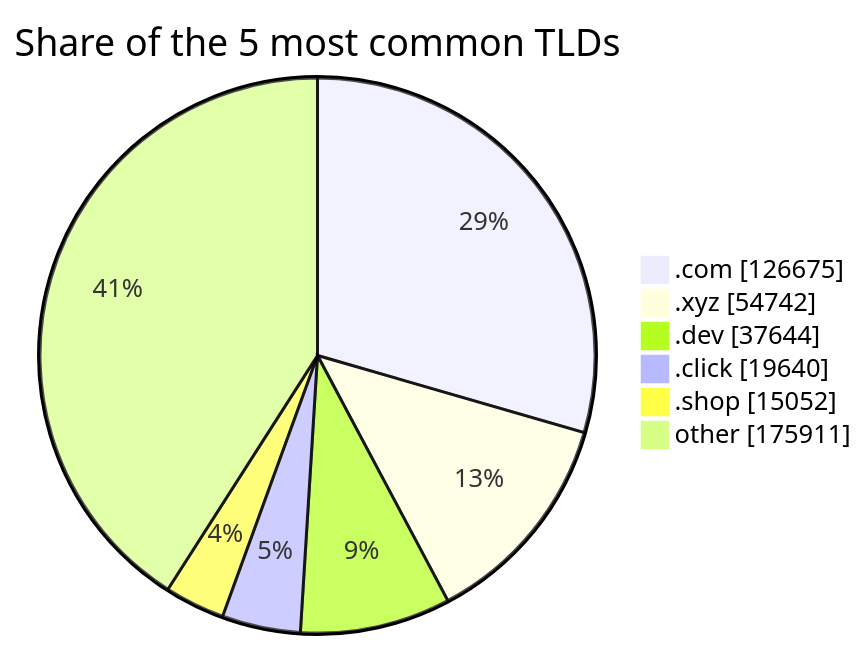
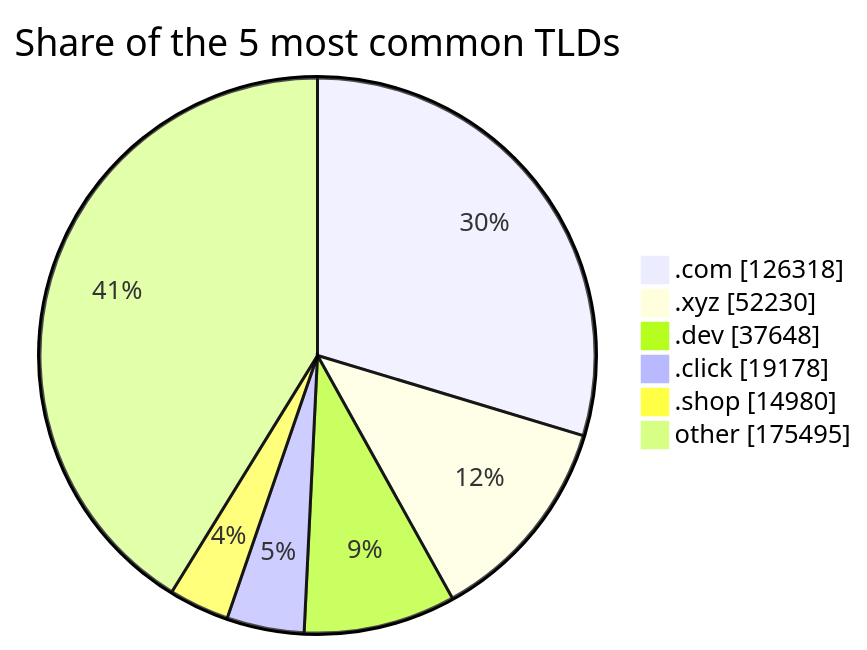
Before and after one commit to DNSBunker/CTI: the third of 3 diagrams in README.md, drawn with Mermaid. The commit also changed other lines of this file and 3 other files, not shown here.

````diff
--- a/README.md
+++ b/README.md
@@ -81,9 +81,9 @@
 ```mermaid
 pie showData title Share of the 5 most common TLDs
-    ".com" : 126675
-    ".xyz" : 54742
-    ".dev" : 37644
-    ".click" : 19640
-    ".shop" : 15052
-    "other" : 175911
+    ".com" : 126318
+    ".xyz" : 52230
+    ".dev" : 37648
+    ".click" : 19178
+    ".shop" : 14980
+    "other" : 175495
 ```
````
